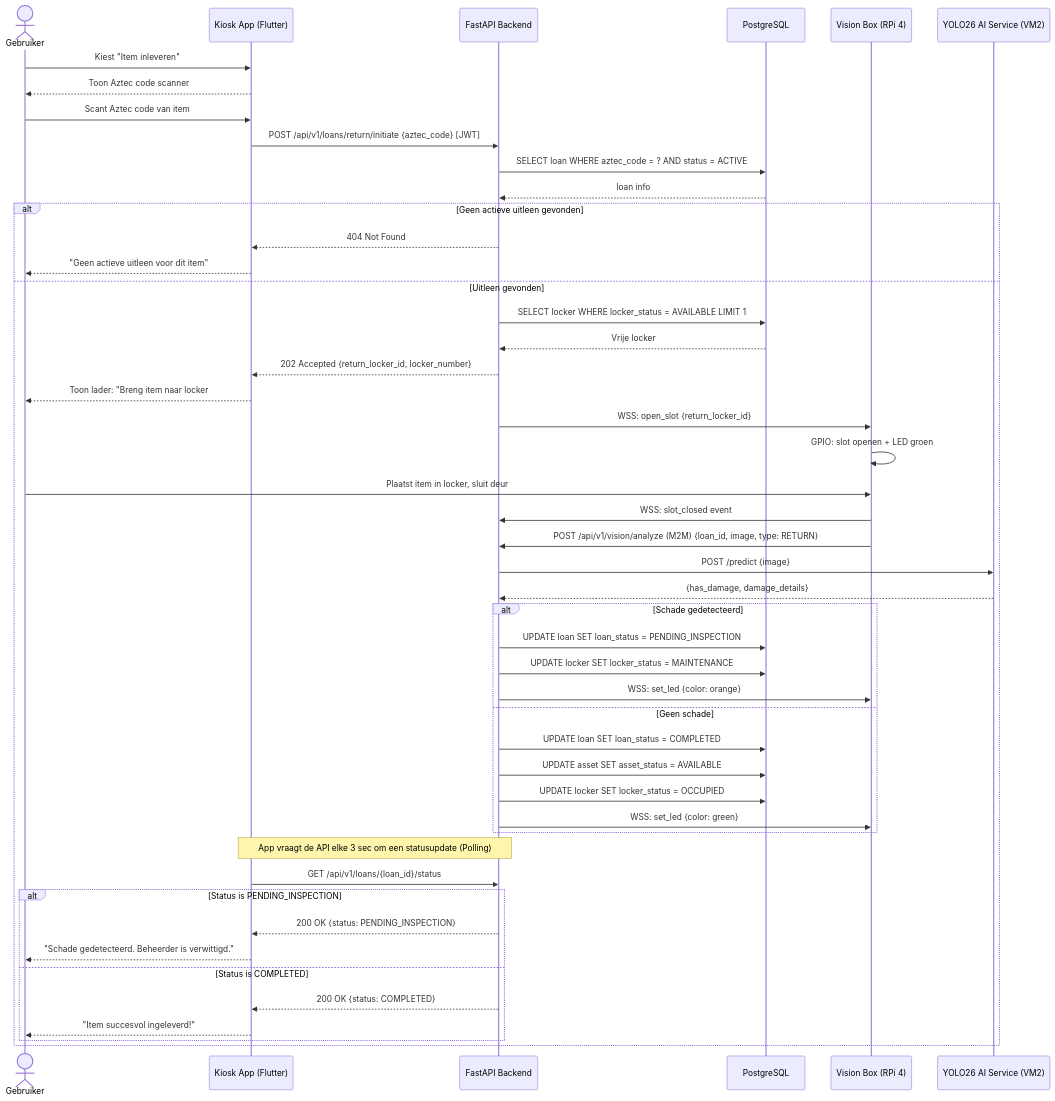
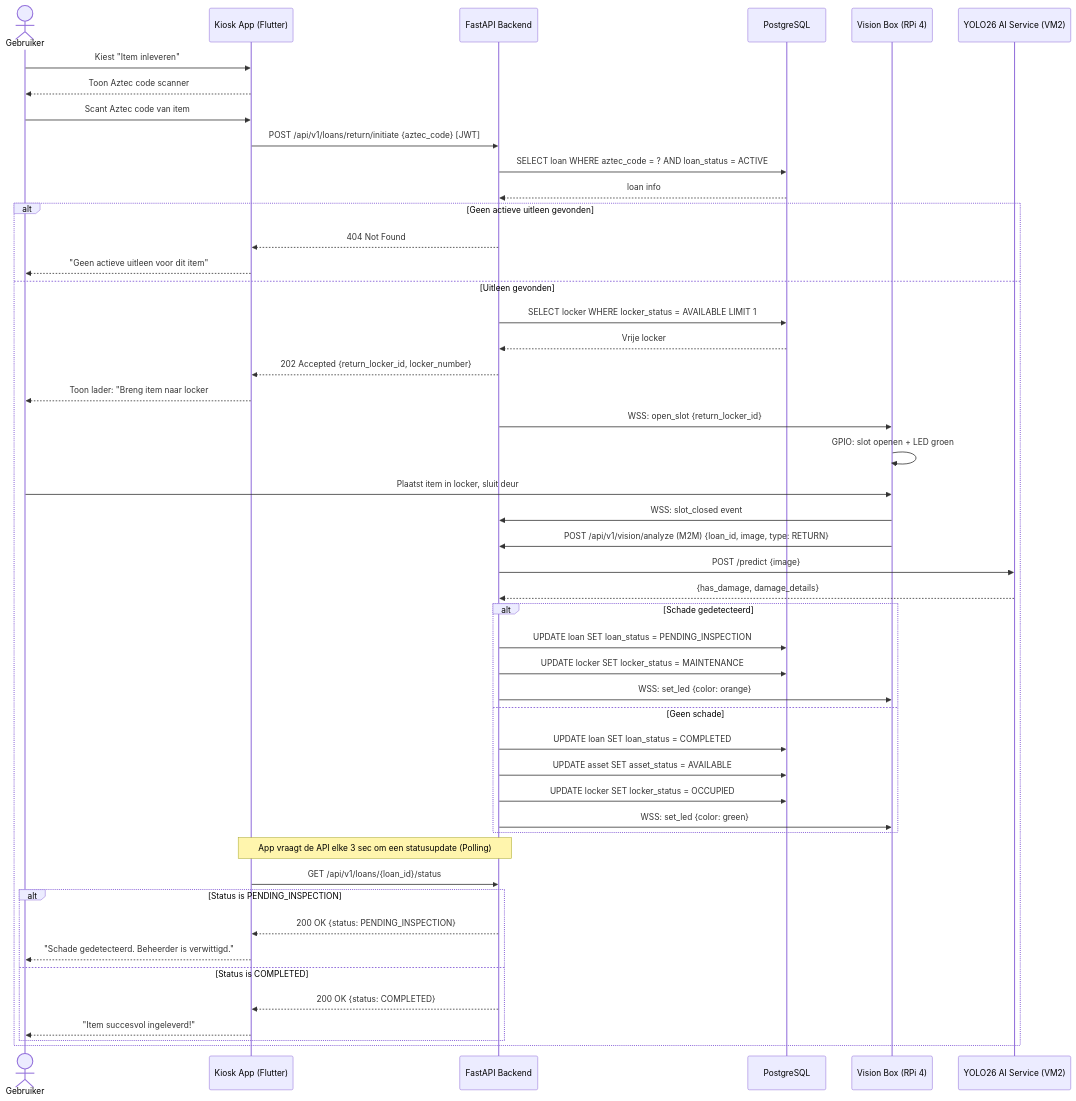
Before and after one commit to easylend-practice-enterprise/easylend: the third of 4 diagrams in docs/workflows.md, drawn with Mermaid. The commit also changed other lines of this file and 1 other file, not shown here.

Commit message:
docs: fix loan_status logic bug in checkout and update mermaid flowchart to polling

````diff
--- a/docs/workflows.md
+++ b/docs/workflows.md
@@ -133,58 +133,58 @@
 ```mermaid
 sequenceDiagram
     actor User as Gebruiker
     participant App as Kiosk App (Flutter)
     participant API as FastAPI Backend
     participant DB as PostgreSQL
     participant VB as Vision Box (RPi 4)
     participant AI as YOLO26 AI Service (VM2)
 
     User->>App: Kiest "Item inleveren"
     App-->>User: Toon Aztec code scanner
     User->>App: Scant Aztec code van item
     App->>API: POST /api/v1/loans/return/initiate {aztec_code} [JWT]
-    API->>DB: SELECT loan WHERE aztec_code = ? AND status = ACTIVE
+    API->>DB: SELECT loan WHERE aztec_code = ? AND loan_status = ACTIVE
     DB-->>API: loan info
 
     alt Geen actieve uitleen gevonden
         API-->>App: 404 Not Found
         App-->>User: "Geen actieve uitleen voor dit item"
     else Uitleen gevonden
         API->>DB: SELECT locker WHERE locker_status = AVAILABLE LIMIT 1
         DB-->>API: Vrije locker
         API-->>App: 202 Accepted {return_locker_id, locker_number}
         App-->>User: Toon lader: "Breng item naar locker #N"
 
         API->>VB: WSS: open_slot {return_locker_id}
         VB->>VB: GPIO: slot openen + LED groen
         User->>VB: Plaatst item in locker, sluit deur
         VB->>API: WSS: slot_closed event
 
         VB->>API: POST /api/v1/vision/analyze (M2M) {loan_id, image, type: RETURN}
         API->>AI: POST /predict {image}
         AI-->>API: {has_damage, damage_details}
 
         alt Schade gedetecteerd
             API->>DB: UPDATE loan SET loan_status = PENDING_INSPECTION
             API->>DB: UPDATE locker SET locker_status = MAINTENANCE
             API->>VB: WSS: set_led {color: orange}
         else Geen schade
             API->>DB: UPDATE loan SET loan_status = COMPLETED
             API->>DB: UPDATE asset SET asset_status = AVAILABLE
             API->>DB: UPDATE locker SET locker_status = OCCUPIED
             API->>VB: WSS: set_led {color: green}
         end
 
         Note over App,API: App vraagt de API elke 3 sec om een statusupdate (Polling)
         App->>API: GET /api/v1/loans/{loan_id}/status
         
         alt Status is PENDING_INSPECTION
             API-->>App: 200 OK {status: PENDING_INSPECTION}
             App-->>User: "Schade gedetecteerd. Beheerder is verwittigd."
         else Status is COMPLETED
             API-->>App: 200 OK {status: COMPLETED}
             App-->>User: "Item succesvol ingeleverd!"
         end
     end
 
 ```
````
